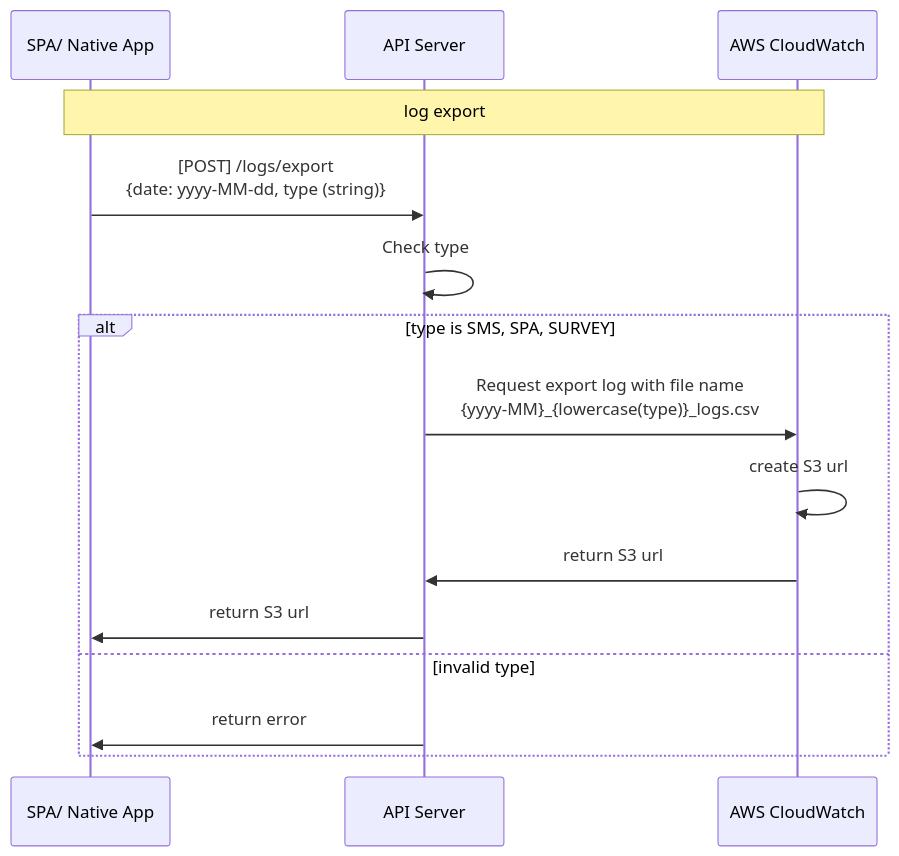
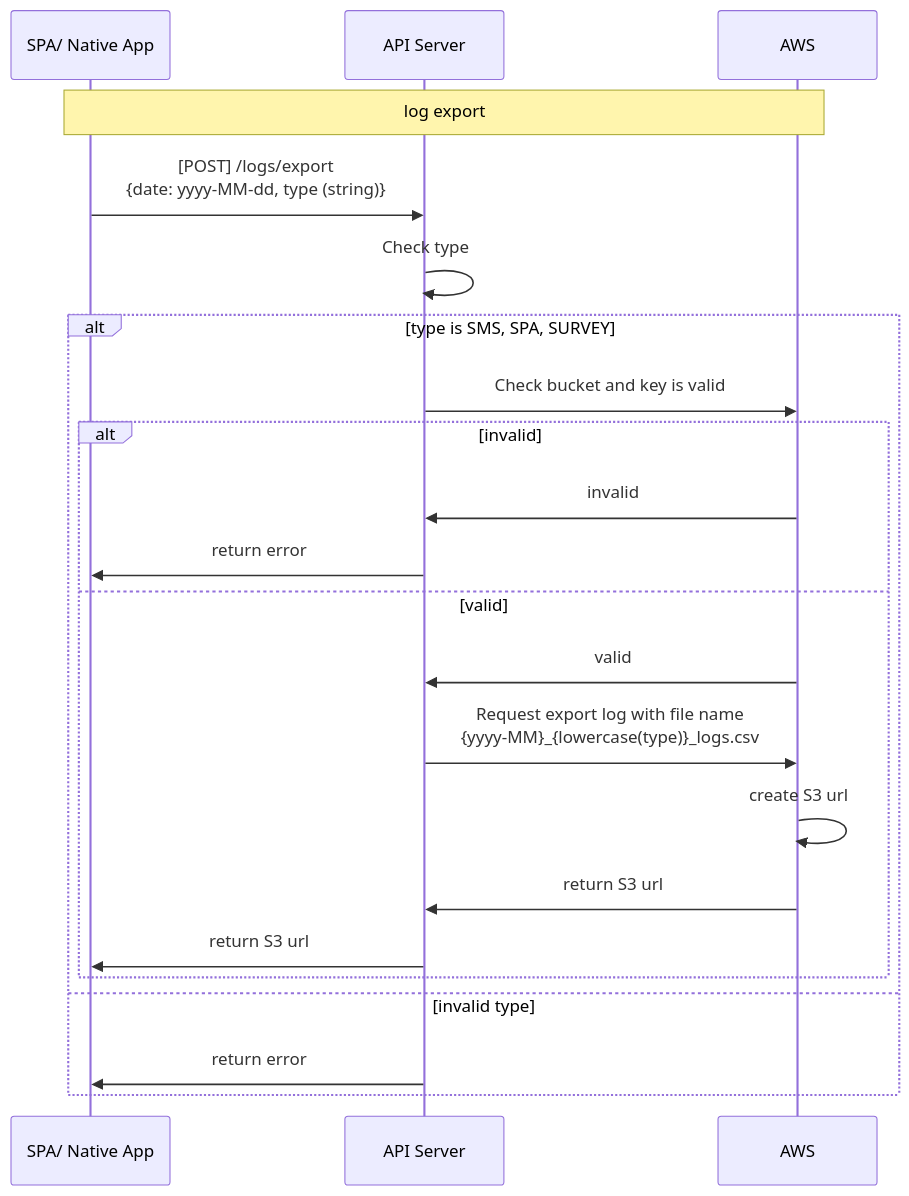
Before and after one commit to tunglampd/cicd_test: the diagram in log_export.md, drawn with Mermaid.

````diff
--- a/log_export.md
+++ b/log_export.md
@@ -1,19 +1,30 @@
 ```mermaid
 sequenceDiagram    
     participant Webapp as SPA/ Native App
     participant Server as API Server 
-    participant AC as AWS CloudWatch
+    participant AC as AWS
 
     Note over Webapp, AC: log export
 
     Webapp->>Server: [POST] /logs/export <br> {date: yyyy-MM-dd, type (string)}
     Server->>Server: Check type
     alt type is SMS, SPA, SURVEY
+    Server->>AC: Check bucket and key is valid
+
+    alt invalid
+    AC->>Server: invalid
+    Server->>Webapp: return error
+    else valid
+    AC->>Server: valid
+    
+
     Server->>AC: Request export log with file name <br> {yyyy-MM}_{lowercase(type)}_logs.csv
     AC->>AC: create S3 url 
     AC->>Server: return S3 url
     Server->>Webapp: return S3 url
+    end
     else invalid type
     Server->>Webapp: return error
     end
+     
 ```
````
